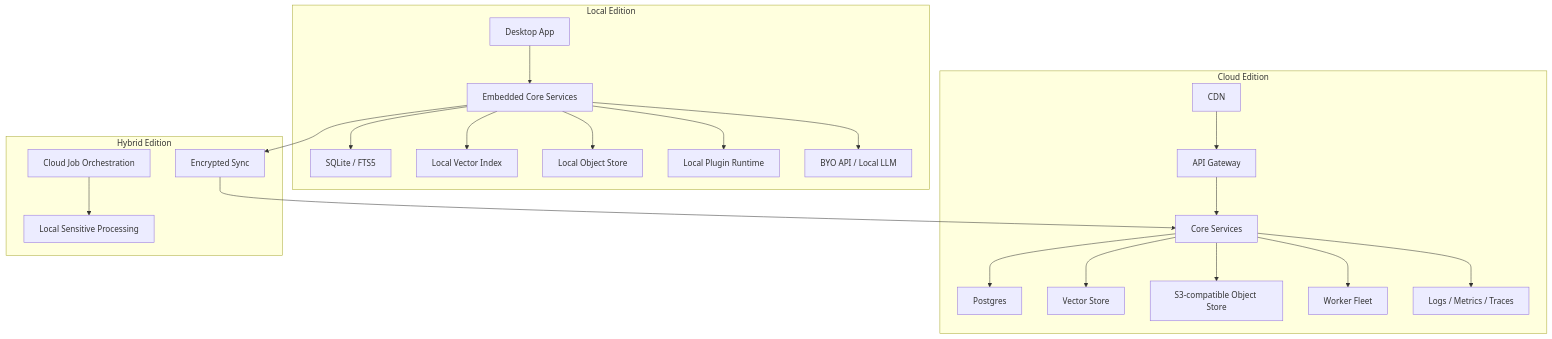
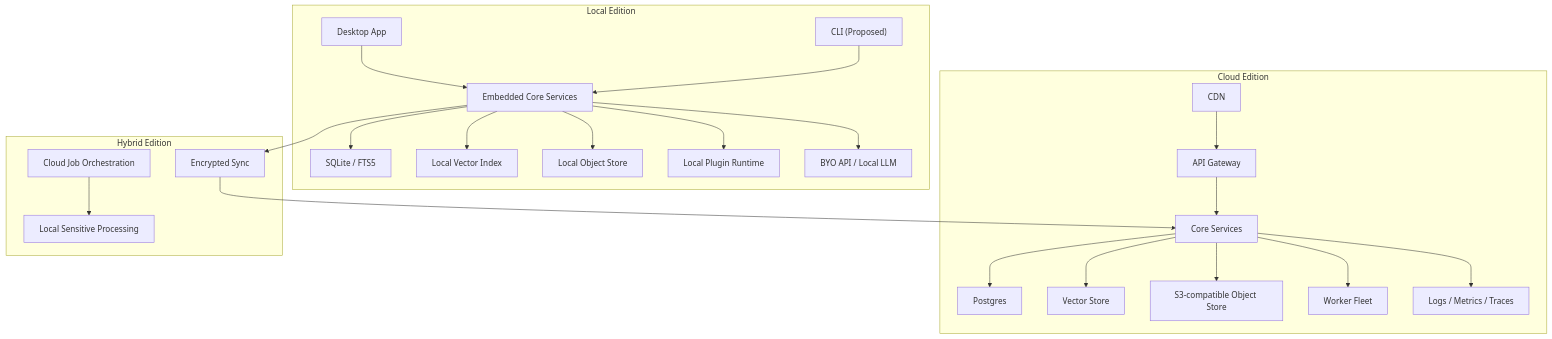
The second of 8 diagrams in docs/architecture.md (SayHISayHI/link-world), drawn with Mermaid before and after one commit. The commit also changed other lines of this file and 6 other files, not shown here.

Commit message:
Document proposed CLI architecture and roadmap

````diff
--- a/docs/architecture.md
+++ b/docs/architecture.md
@@ -218,48 +220,50 @@
 ```mermaid
 flowchart TB
   subgraph Local["Local Edition"]
     LocalApp["Desktop App"]
+    LocalCLI["CLI (Proposed)"]
     LocalCore["Embedded Core Services"]
     LocalDB["SQLite / FTS5"]
     LocalVector["Local Vector Index"]
     LocalObject["Local Object Store"]
     LocalPlugins["Local Plugin Runtime"]
     LocalModel["BYO API / Local LLM"]
   end
 
   subgraph Cloud["Cloud Edition"]
     CDN["CDN"]
     Gateway["API Gateway"]
     CloudCore["Core Services"]
     CloudDB["Postgres"]
     CloudVector["Vector Store"]
     Blob["S3-compatible Object Store"]
     Workers["Worker Fleet"]
     Observability["Logs / Metrics / Traces"]
   end
 
   subgraph Hybrid["Hybrid Edition"]
     EncryptedSync["Encrypted Sync"]
     LocalSensitive["Local Sensitive Processing"]
     CloudJobs["Cloud Job Orchestration"]
   end
 
   LocalApp --> LocalCore
+  LocalCLI --> LocalCore
   LocalCore --> LocalDB
   LocalCore --> LocalVector
   LocalCore --> LocalObject
   LocalCore --> LocalPlugins
   LocalCore --> LocalModel
 
   CDN --> Gateway
   Gateway --> CloudCore
   CloudCore --> CloudDB
   CloudCore --> CloudVector
   CloudCore --> Blob
   CloudCore --> Workers
   CloudCore --> Observability
 
   LocalCore --> EncryptedSync
   EncryptedSync --> CloudCore
   CloudJobs --> LocalSensitive
 ```
````
